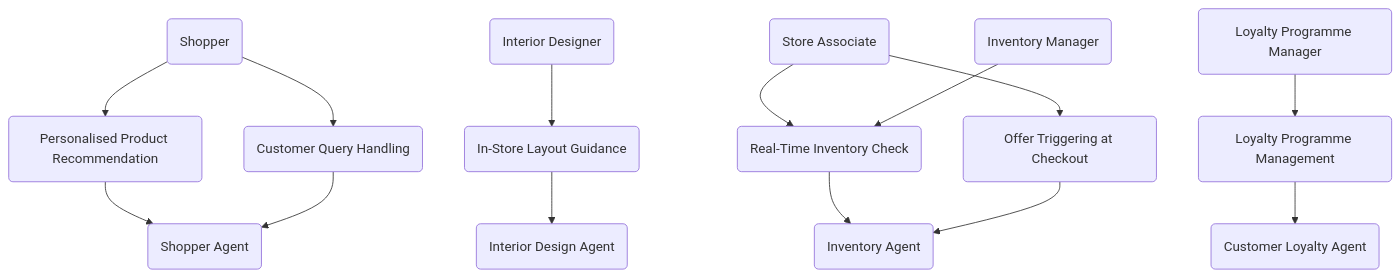
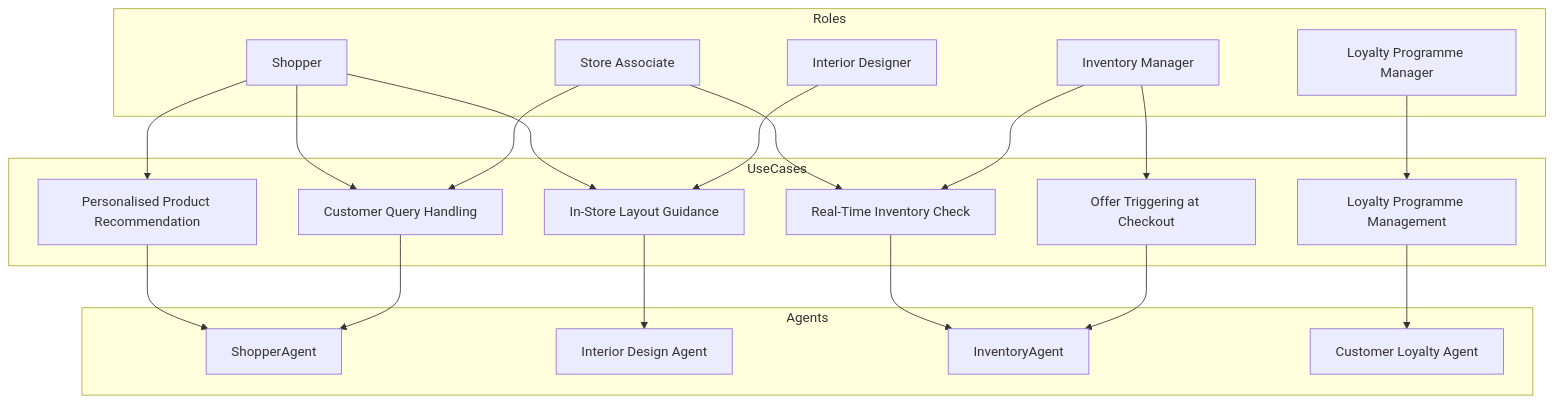
The diagram in tests/fixtures/generated/%2fShared+Documents%2fuse+cases.png.md (vincentgiraud/enterprise-artifacts-indexing), drawn with Mermaid before and after one commit. The commit also changed other lines of this file, not shown here.

````diff
--- a/tests/fixtures/generated/%2fShared+Documents%2fuse+cases.png.md
+++ b/tests/fixtures/generated/%2fShared+Documents%2fuse+cases.png.md
@@ -3,17 +30,49 @@
 ```mermaid
 graph TD
-    A(Shopper) --> B(Personalised Product Recommendation)
-    A --> C(Customer Query Handling)
-    D(Interior Designer) --> E(In-Store Layout Guidance)
-    F(Store Associate) --> G(Real-Time Inventory Check)
-    F --> H(Offer Triggering at Checkout)
-    I(Inventory Manager) --> G
-    J(Loyalty Programme Manager) --> K(Loyalty Programme Management)
+    subgraph Roles
+        Shopper
+        InteriorDesigner[Interior Designer]
+        StoreAssociate[Store Associate]
+        InventoryManager[Inventory Manager]
+        LoyaltyProgMgr[Loyalty Programme Manager]
+    end
 
-    B --> L(Shopper Agent)
-    C --> L
-    E --> M(Interior Design Agent)
-    G --> N(Inventory Agent)
-    H --> N
-    K --> O(Customer Loyalty Agent)
+    subgraph UseCases
+        ProductRecommendation[Personalised Product Recommendation]
+        QueryHandling[Customer Query Handling]
+        LayoutGuidance[In-Store Layout Guidance]
+        InventoryCheck[Real-Time Inventory Check]
+        OfferTrigger[Offer Triggering at Checkout]
+        LoyaltyManagement[Loyalty Programme Management]
+    end
+
+    subgraph Agents
+        ShopperAgent
+        DesignAgent[Interior Design Agent]
+        InventoryAgent
+        LoyaltyAgent[Customer Loyalty Agent]
+    end
+
+    Shopper --> ProductRecommendation
+    Shopper --> QueryHandling
+    Shopper --> LayoutGuidance
+
+    InteriorDesigner --> LayoutGuidance
+
+    StoreAssociate --> InventoryCheck
+    StoreAssociate --> QueryHandling
+
+    InventoryManager --> InventoryCheck
+    InventoryManager --> OfferTrigger
+
+    LoyaltyProgMgr --> LoyaltyManagement
+
+    ProductRecommendation --> ShopperAgent
+    QueryHandling --> ShopperAgent
+
+    LayoutGuidance --> DesignAgent
+    InventoryCheck --> InventoryAgent
+
+    OfferTrigger --> InventoryAgent
+    LoyaltyManagement --> LoyaltyAgent
 ```
````
